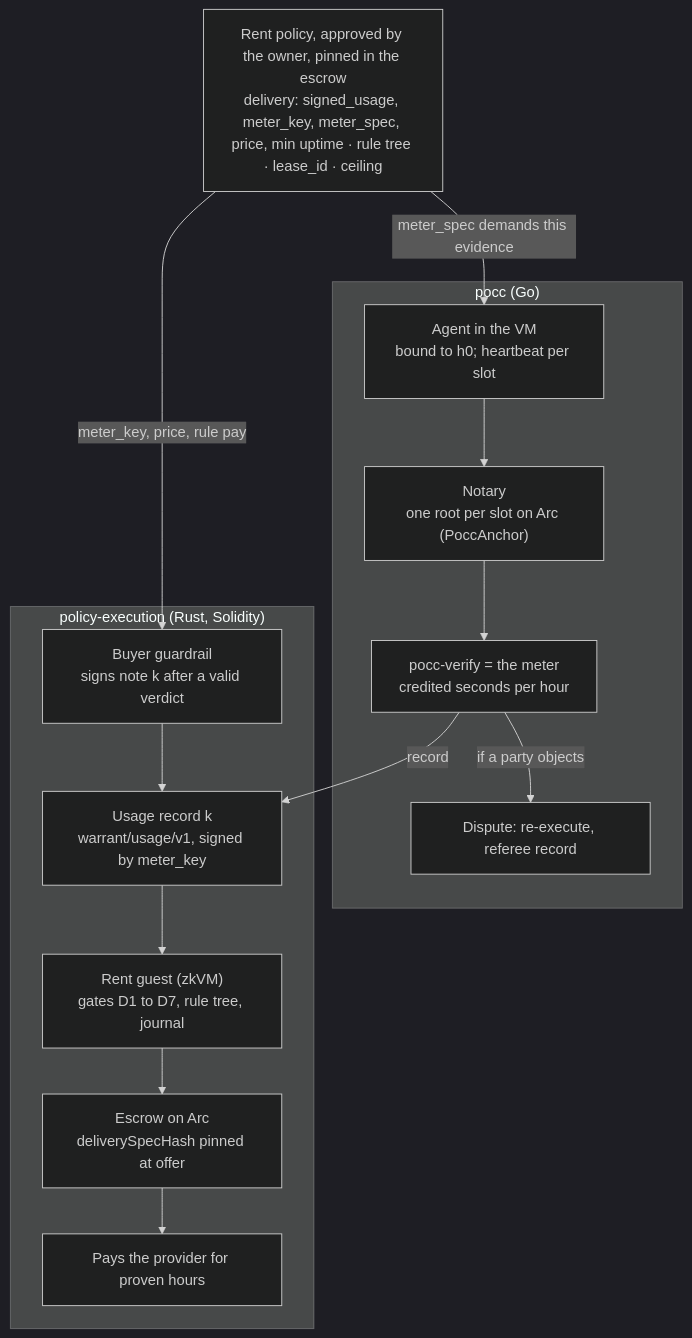
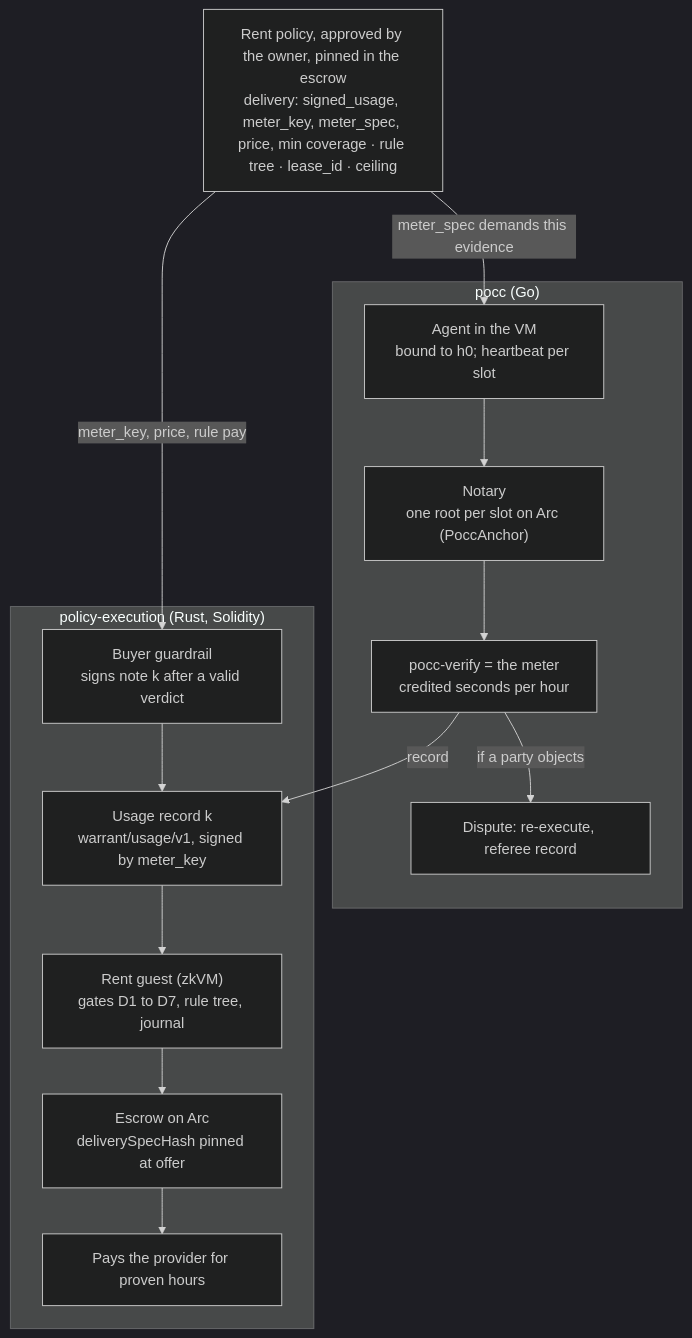
Before and after one commit to mnemonik-xyz/pocc: the diagram in docs/warrant-integration.md, drawn with Mermaid (dark theme). The commit also changed other lines of this file and 11 other files, not shown here.

First line of the commit message:
Owner's decisions on 32 to 35: coverage not uptime, reseller pilot, trusted-metering limit

````diff
--- a/docs/warrant-integration.md
+++ b/docs/warrant-integration.md
@@ -48,23 +48,23 @@
 ```mermaid
 flowchart TB
-    POL["Rent policy, approved by the owner, pinned in the escrow<br/>delivery: signed_usage, meter_key, meter_spec, price, min uptime · rule tree · lease_id · ceiling"]
+    POL["Rent policy, approved by the owner, pinned in the escrow<br/>delivery: signed_usage, meter_key, meter_spec, price, min coverage · rule tree · lease_id · ceiling"]
     subgraph PC["pocc (Go)"]
         AG["Agent in the VM<br/>bound to h0; heartbeat per slot"]
         NT["Notary<br/>one root per slot on Arc (PoccAnchor)"]
         VF["pocc-verify = the meter<br/>credited seconds per hour"]
         DS["Dispute: re-execute, referee record"]
         AG --> NT --> VF
         VF -- "if a party objects" --> DS
     end
     subgraph PE["policy-execution (Rust, Solidity)"]
         GD["Buyer guardrail<br/>signs note k after a valid verdict"]
         UR["Usage record k<br/>warrant/usage/v1, signed by meter_key"]
         GU["Rent guest (zkVM)<br/>gates D1 to D7, rule tree, journal"]
         ES["Escrow on Arc<br/>deliverySpecHash pinned at offer"]
         PAY["Pays the provider for proven hours"]
         GD --> UR --> GU --> ES --> PAY
     end
     POL -- "meter_spec demands this evidence" --> AG
     POL -- "meter_key, price, rule pay" --> GD
     VF -- "record" --> UR
 ```
````
